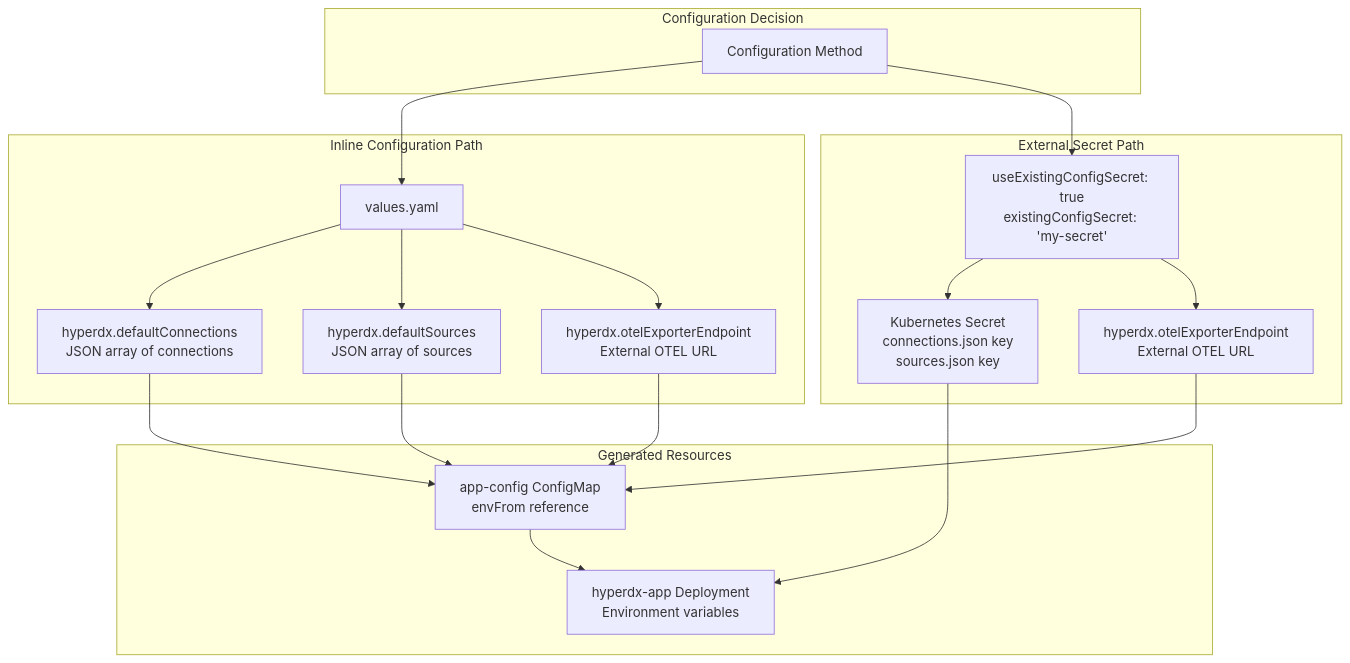
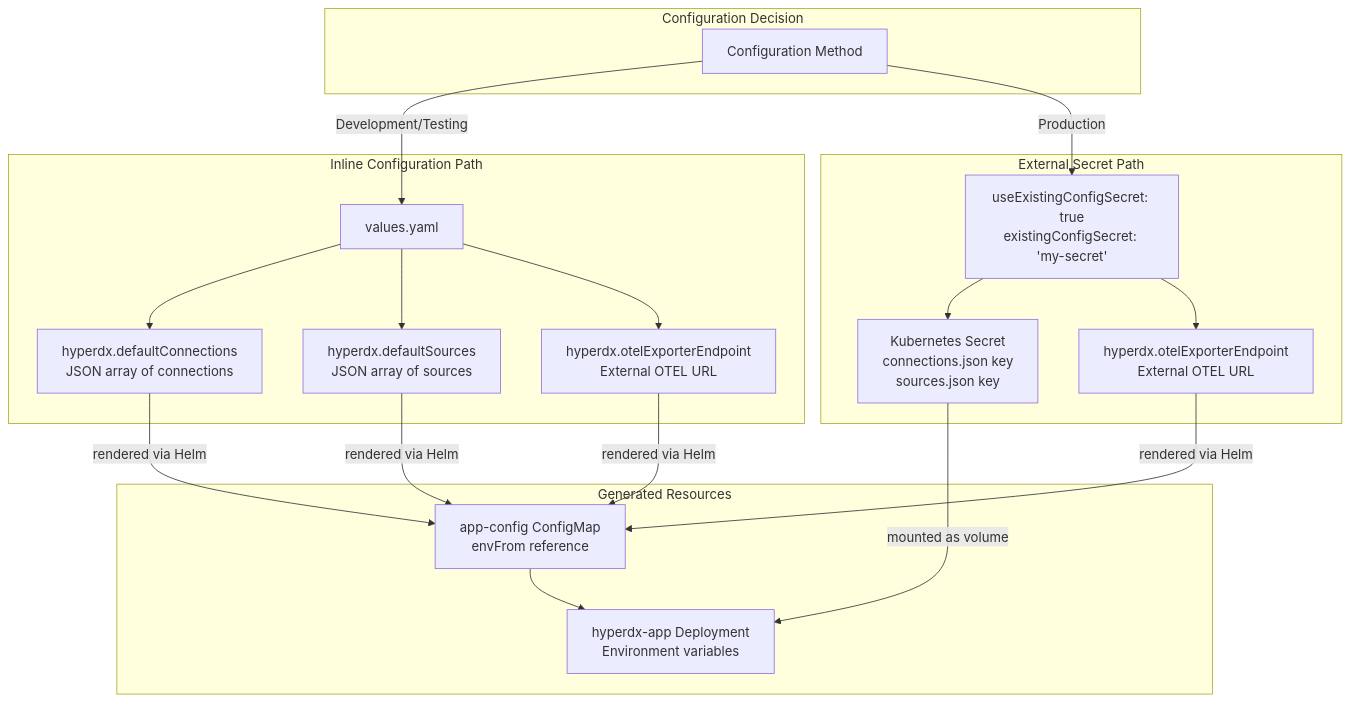
The second of 5 diagrams in docs/hyperdxio-helm-charts-docs/Minimal-Deployment.md (openchoreo/openchoreo), drawn with Mermaid before and after one commit. The commit also changed other lines of this file and 85 other files, not shown here.

Commit message:
feat: Add new workflow and specification templates, update Helm chart dependencies, and clarify documentation diagrams.

````diff
--- a/docs/hyperdxio-helm-charts-docs/Minimal-Deployment.md
+++ b/docs/hyperdxio-helm-charts-docs/Minimal-Deployment.md
@@ -104,50 +104,50 @@
 ```mermaid
 flowchart TD
 
 Decision["Configuration Method"]
 InlineValues["values.yaml"]
 DefaultConnections["hyperdx.defaultConnections<br>JSON array of connections"]
 DefaultSources["hyperdx.defaultSources<br>JSON array of sources"]
 OtelEndpoint["hyperdx.otelExporterEndpoint<br>External OTEL URL"]
 SecretConfig["useExistingConfigSecret: true<br>existingConfigSecret: 'my-secret'"]
 K8sSecret["Kubernetes Secret<br>connections.json key<br>sources.json key"]
 SecretOtelEndpoint["hyperdx.otelExporterEndpoint<br>External OTEL URL"]
 AppConfigMap["app-config ConfigMap<br>envFrom reference"]
 AppDeployment["hyperdx-app Deployment<br>Environment variables"]
 
-Decision --> InlineValues
-Decision --> SecretConfig
-DefaultConnections --> AppConfigMap
-DefaultSources --> AppConfigMap
-OtelEndpoint --> AppConfigMap
-K8sSecret --> AppDeployment
-SecretOtelEndpoint --> AppConfigMap
+Decision -->|"Development/Testing"| InlineValues
+Decision -->|"Production"| SecretConfig
+DefaultConnections -->|"rendered via Helm"| AppConfigMap
+DefaultSources -->|"rendered via Helm"| AppConfigMap
+OtelEndpoint -->|"rendered via Helm"| AppConfigMap
+K8sSecret -->|"mounted as volume"| AppDeployment
+SecretOtelEndpoint -->|"rendered via Helm"| AppConfigMap
 
 subgraph subGraph3 ["Generated Resources"]
     AppConfigMap
     AppDeployment
     AppConfigMap --> AppDeployment
 end
 
 subgraph subGraph2 ["External Secret Path"]
     SecretConfig
     K8sSecret
     SecretOtelEndpoint
     SecretConfig --> K8sSecret
     SecretConfig --> SecretOtelEndpoint
 end
 
 subgraph subGraph1 ["Inline Configuration Path"]
     InlineValues
     DefaultConnections
     DefaultSources
     OtelEndpoint
     InlineValues --> DefaultConnections
     InlineValues --> DefaultSources
     InlineValues --> OtelEndpoint
 end
 
 subgraph subGraph0 ["Configuration Decision"]
     Decision
 end
 ```
````
